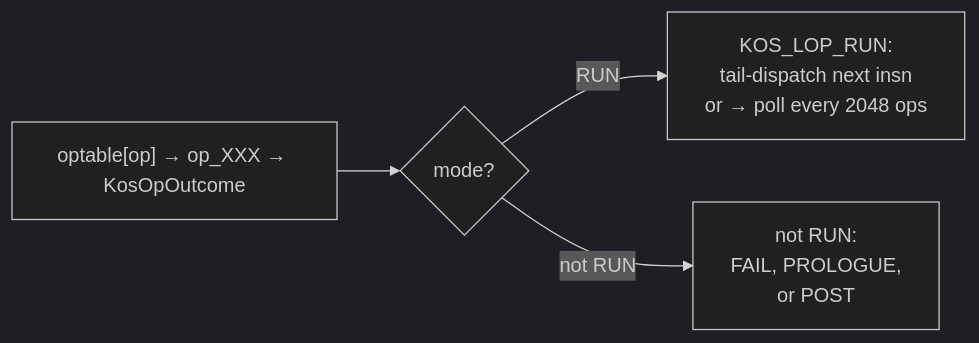
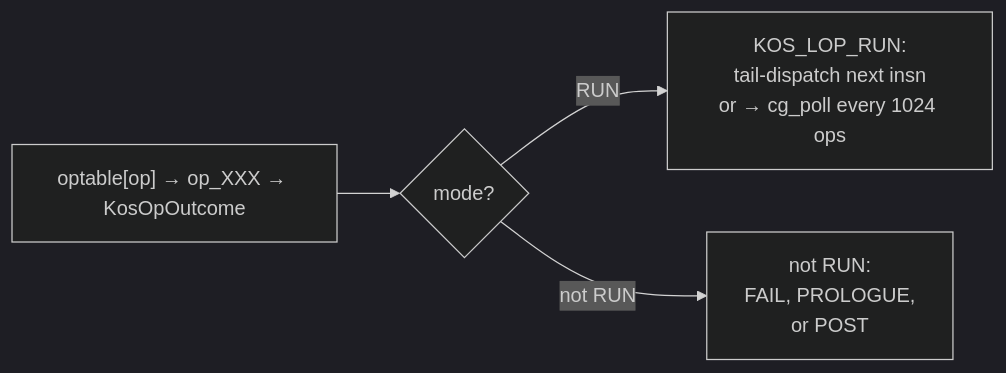
Before and after one commit to koskari-lang/koskari: the sixth of 11 diagrams in design/EVALUATOR.md, drawn with Mermaid (dark theme). The commit also changed other lines of this file, not shown here.

````diff
--- a/design/EVALUATOR.md
+++ b/design/EVALUATOR.md
@@ -314,11 +331,11 @@
 ```mermaid
 flowchart LR
     dispatch["optable[op] → op_XXX → KosOpOutcome"]
     mode{"mode?"}
-    fast["KOS_LOP_RUN:<br/>tail-dispatch next insn<br/>or → poll every 2048 ops"]
+    fast["KOS_LOP_RUN:<br/>tail-dispatch next insn<br/>or → cg_poll every 1024 ops"]
     other["not RUN:<br/>FAIL, PROLOGUE,<br/>or POST"]
 
     dispatch --> mode
     mode -->|RUN| fast
     mode -->|not RUN| other
 ```
````
